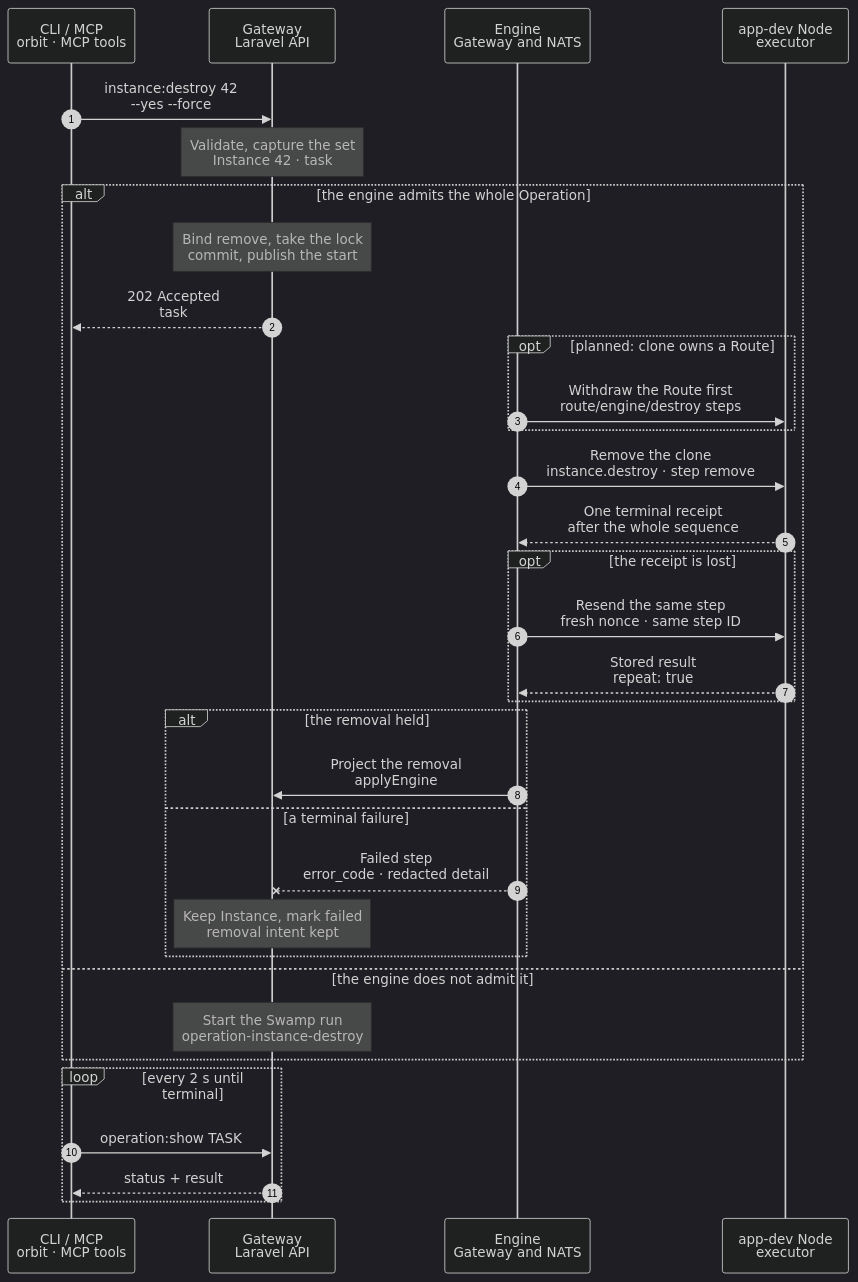
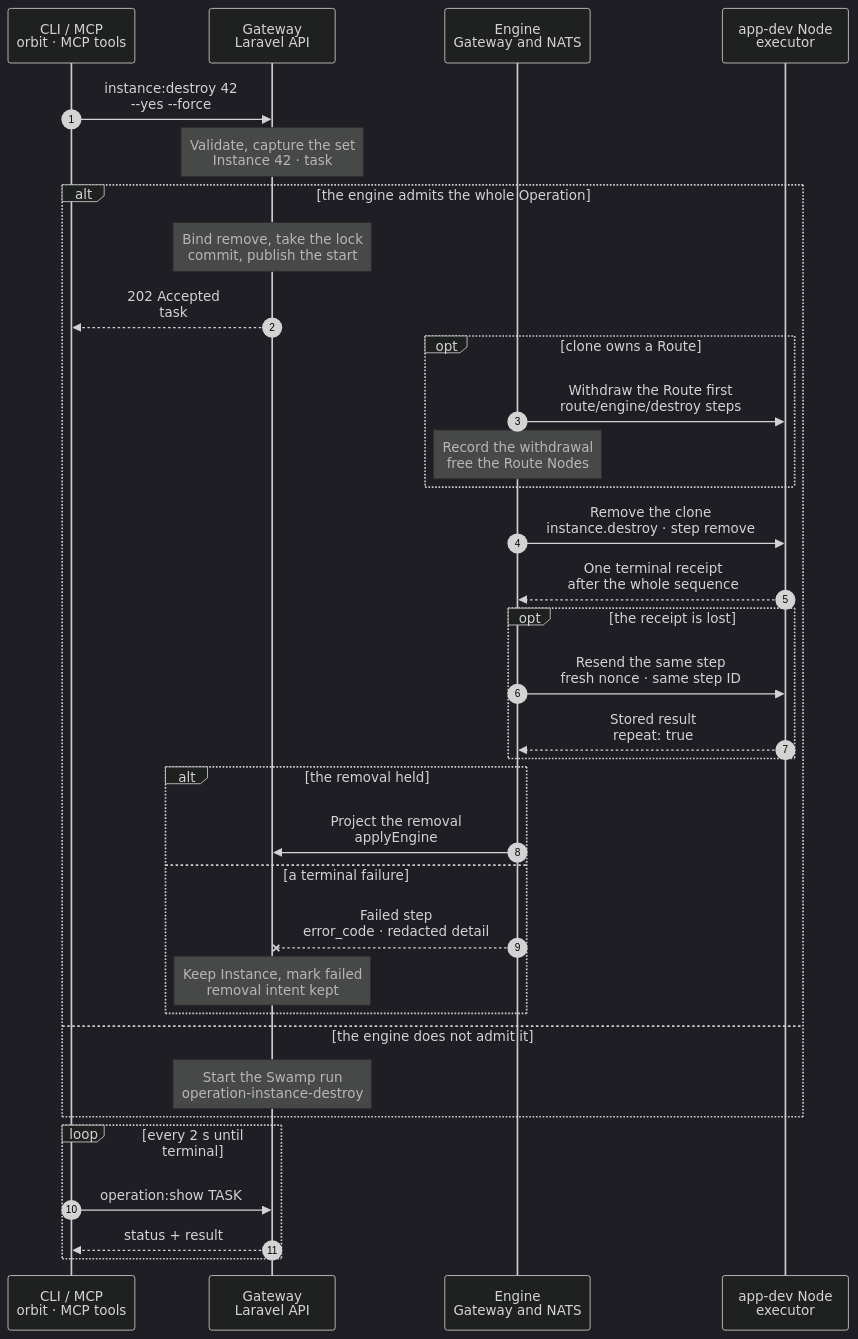
Before and after one commit to hardimpactdev/orbit: the diagram in docs/cli/instance/container/destroy-engine.mmd, drawn with Mermaid (dark theme). The commit also changed 7 other files, not shown here.

Commit message:
Withdraw a clone's private Routes on the engine before its signed removal

```diff
--- a/docs/cli/instance/container/destroy-engine.mmd
+++ b/docs/cli/instance/container/destroy-engine.mmd
@@ -1,74 +1,79 @@
 sequenceDiagram
   %% A container clone's removal on the Gateway engine (ADR 0271, docs/reference/gateway-engine.md#instancedestroy, docs/reference/instance-removal.md): what #4211 shipped, InstanceDestroyEngineFlow with one step `remove` running the executor's `instance.destroy` (apps/agent/crates/instance/src/destroy.rs). Every other removal is instance/destroy.mmd on Swamp.
-  %% Planned, not built: a clone that owns a Route withdraws it on the engine first, with the primitives of route/engine/destroy.mmd. Until then a Route in the plan throws EngineUnsupported.
-  %% status: draft
+  %% Built, proof pending: a clone that owns private Routes withdraws them on the engine first, with the primitives of route/engine/destroy.mmd.
+  %% status: built
   %% command: instance:destroy
   %% kind: instance.destroy
   autonumber
   %% lane CLI icon=terminal pill=caller tone=gray
   %% lane GW icon=gateway pill=intent tone=blue
   %% lane EN icon=workflow pill=engine tone=purple
   %% lane N icon=server pill=executor tone=amber
   participant CLI as CLI / MCP<br/>orbit · MCP tools
   participant GW as Gateway<br/>Laravel API
   participant EN as Engine<br/>Gateway and NATS
   participant N as app-dev Node<br/>executor
   CLI->>GW: instance:destroy 42<br/>--yes --force
   Note over GW: Validate, capture the set<br/>Instance 42 · task #5132
   %%> Same admission as instance/destroy.mmd: consent, captures, Schedule trigger removal, then the removal intent in one transaction that marks Instance 42 removing
   alt the engine admits the whole Operation
     %%> Admission, one decision per Operation (EngineKinds::routes):
     %%> - `instance.destroy` is in `ORBIT_ENGINE_KINDS`, and the Node reports `instance.destroy` in `$KV.NODES`, independently of `instance.create`
     %%> - InstanceDestroyEngineFlow accepts the plan, all of it checked against the saved intent:
     %%> - the target is an Instance with a positive ID, equal to the intent's `instance_id` and, checked on its own, to `container_destroy.instance_id`, the field that becomes the signed step's target; a plan that names 43 there refuses; the Operation's Node is positive and equals both the intent's and the saved plan's `node_id`
     %%> - development, `--force`, not the default name; a positive clone source that is not the Instance itself
     %%> - no `after_operation_id` (no wait for a create or completion) and no CI hold
-    %%> - exactly one member, and it is this Instance, with no `route_id`, `run_teardown: false`; `additional_route_ids` and the plan's Routes are empty lists
+    %%> - exactly one member, and it is this Instance, with `run_teardown: false`; the plan's Routes are an empty list
+    %%> - a member `route_id` or `additional_route_ids` only for private Routes with no LAN rule or Ingress edge, whose whole after-state the admission rendered (`route_engine`: each Node's Caddyfile, changed shared pools and DNS files without the Routes, with the digests of the files they replace); a PHP version whose pool empties refuses; every VPN Node with a DNS change reports `dns.guarded_records` and each serving Node `route.withdraw_site`
     %%> - exactly one teardown entry, for this Instance, with no steps; no Processes, Schedules, database connections, database servers or SQLite files
     %%> - the saved identity is the signed contract: container and ACL `instance-42`, project `orbit-instances` or `orbit-instances-nested`, pool `orbit-instances`, mirror `/var/lib/orbit/instance-repositories/42.git`, firewall prefix `orbit:instance-42-`, the asleep marker, inner volume `inner-42` when present
     %%> - else `EngineUnsupported`, and the whole removal runs on Swamp
     Note over GW: Bind remove, take the lock<br/>commit, publish the start
     %%> The Gateway binds step `remove` (budget 600 s, resend 15 s) and the Instance's Operation lock in one transaction before it publishes the start
     %%> Cancel still works during order preparation, deadline scheduling and the Node consumer's setup; just before the first publish the Gateway checks cancel and records the first order's signed expiry under the same lock
     GW-->>CLI: 202 Accepted<br/>task #5132
-    opt planned: clone owns a Route
+    opt clone owns a Route
       EN->>N: Withdraw the Route first<br/>route/engine/destroy steps
-      %%> Planned: the DNS withdrawal and the site and leaf withdrawal of route/engine/destroy.mmd run before `remove`, with no DNS grace (a destroyed name has no new target, as instance/destroy.mmd decides)
-      %%> Planned: `remove` waits for them; a failed withdrawal fails the Operation before the container is touched
+      %%> `dns-node` (guarded `dns.publish_records`), then `withdraw-node` (`route.withdraw_site`) and `sibling-node` (a TLS probe of another Route on that Node), with no DNS grace (a destroyed name has no new target, as instance/destroy.mmd decides)
+      %%> Every step is receipt-bound like `remove`: a lost receipt resends the same step, the Node's journal answers its stored result, and the Instance stays fenced until a terminal receipt
+      %%> A retry of a removal whose earlier run withdrew the Route (`route_withdrawn`) has none of these steps, as the Swamp run skips its withdraw
+      Note over EN: Record the withdrawal<br/>free the Route Nodes
+      %%> Gateway step `release`, as the Swamp run's release step: `route_withdrawn_at` on the removal, then the Route withdrawal holds go
+      %%> `remove` waits for it; a failed withdrawal fails the Operation as `route.withdrawal_failed` at "Withdraw the Route" (removal step `route_target_clear`) before the container is touched
     end
     EN->>N: Remove the clone<br/>instance.destroy · step remove
     %%> Input: `project`, `name`, `pool`, `acl`, `inner_volume`; the executor checks it again (`instance.destroy_input_invalid`)
     %%> Holds the same target lock as sleep and wake; checks that `instance-42` is a container on the admitted pool
     %%> Force-stops it unless Incus reports Stopped (`instance.removal_stop_failed`), deletes it with `--force`; a failed delete restores the snapshots' missing datasets and deletes again
     %%> Removes the inner volume and its owned unused `build-` and `spare-` volumes, then the ACL
     %%> Read-back: the container, the ACL and every owned volume are gone, else `instance.removal_incomplete`
     %%> Then the `orbit:instance-42-` ufw rules: an owned rule that shares its specification with a foreign rule refuses (`instance.removal_incomplete`); each is deleted by specification and their absence is read back
     %%> Then the power helper's legacy `discard` (`instance.power_discard_failed`), then the mail folder, the mirror, `/var/tmp/orbit-task-base-42` and the hibernation asleep, cold, log and awake files; an absent one counts as removed
     %%> Last, the executor discards its own freeze state for Instance 42 (`discard_destroyed`); a failure there is `instance.power_discard_failed`, never success
     N-->>EN: One terminal receipt<br/>after the whole sequence
     %%> Sent only after every part above held, or with the first failure's code; the executor appends its `done` record first. A refusal such as `instance.removal_dataset_taken` is kept as a result too
     opt the receipt is lost
       EN->>N: Resend the same step<br/>fresh nonce · same step ID
       %%> The journal repeats the stored result with `repeat: true`; the deletion never runs twice
       %%> A lost acknowledgement, cancel, expiry or order refusal never releases the Instance lock: none proves the Node did not act. An `expired` refusal keeps the fence and the scheduled retry
       %%> Resends stop once one could expire after the first order's expiry minus 10 s plus 24 h of journal retention; then Instance 42 stays fenced until a matching terminal receipt or authoritative recovery; an absent record after compaction settles nothing
       N-->>EN: Stored result<br/>repeat: true
     end
     %%> A receipt counts only when its Node, Operation step ID, action and target match
     alt the removal held
       EN->>GW: Project the removal<br/>applyEngine
       %%> DevelopmentInstanceDestroyProjection::applyEngine records the same removal as a Swamp run: Instance 42 and its records are deleted, task #5132 succeeds
     else a terminal failure
       EN--xGW: Failed step<br/>error_code · redacted detail
       Note over GW: Keep Instance, mark failed<br/>removal intent kept
       %%> `error.detail` is a bounded, redacted tail of whole lines, or says the diagnostic was omitted
       %%> Retry: the same command; the existing retry rules apply
     end
   else the engine does not admit it
     Note over GW: Start the Swamp run<br/>operation-instance-destroy
     %%> The kind is not enabled, the Node lacks `instance.destroy`, `$KV.NODES` is unreadable, or the flow throws `EngineUnsupported`: the whole removal runs instance/destroy.mmd; an Operation never splits across engines
   end
   loop every 2 s until terminal
     CLI->>GW: operation:show TASK
     GW-->>CLI: status + result
   end
```
